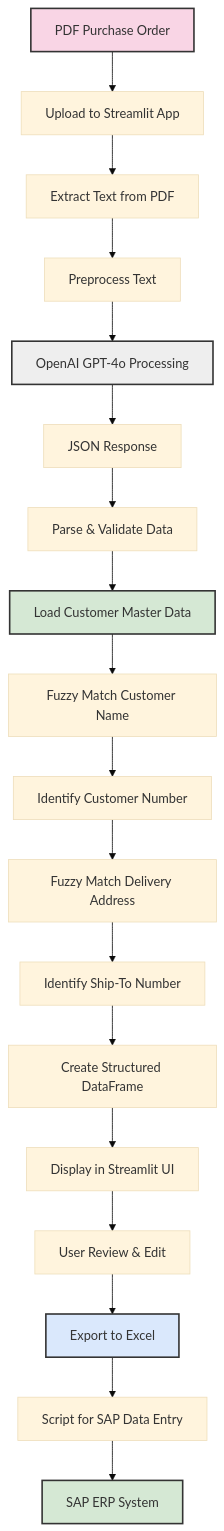
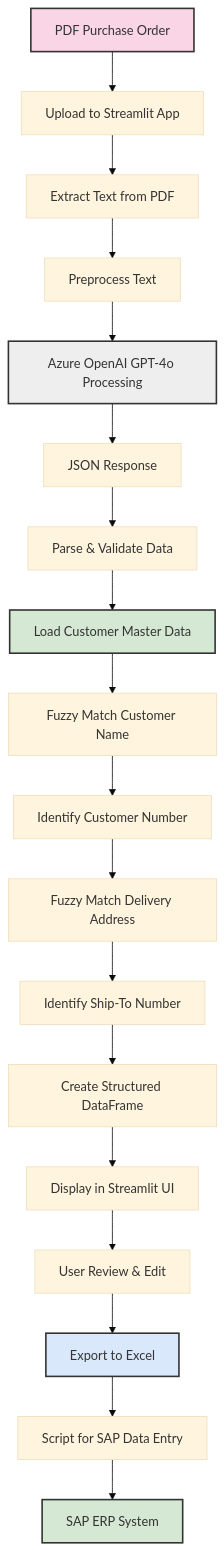
Before and after one commit to momofssd/po_pdf_extract_openai_test: the first of 2 diagrams in README.md, drawn with Mermaid (base theme). The commit also changed other lines of this file and 3 other files, not shown here.

````diff
--- a/README.md
+++ b/README.md
@@ -251,26 +274,26 @@
 ```mermaid
 flowchart TD
     A[PDF Purchase Order] --> B[Upload to Streamlit App]
     B --> C[Extract Text from PDF]
     C --> D[Preprocess Text]
-    D --> E[OpenAI GPT-4o Processing]
+    D --> E[Azure OpenAI GPT-4o Processing]
     E --> F[JSON Response]
     F --> G[Parse & Validate Data]
     G --> H[Load Customer Master Data]
     H --> I[Fuzzy Match Customer Name]
     I --> J[Identify Customer Number]
     J --> K[Fuzzy Match Delivery Address]
     K --> L[Identify Ship-To Number]
     L --> M[Create Structured DataFrame]
     M --> N[Display in Streamlit UI]
     N --> O[User Review & Edit]
     O --> P[Export to Excel]
     P --> Q[Script for SAP Data Entry]
     Q --> R[SAP ERP System]
     
     style A fill:#f9d5e5,stroke:#333,stroke-width:2px
     style E fill:#eeeeee,stroke:#333,stroke-width:2px
     style H fill:#d5e8d4,stroke:#333,stroke-width:2px
     style P fill:#dae8fc,stroke:#333,stroke-width:2px
     style R fill:#d5e8d4,stroke:#333,stroke-width:2px
 ```
````
